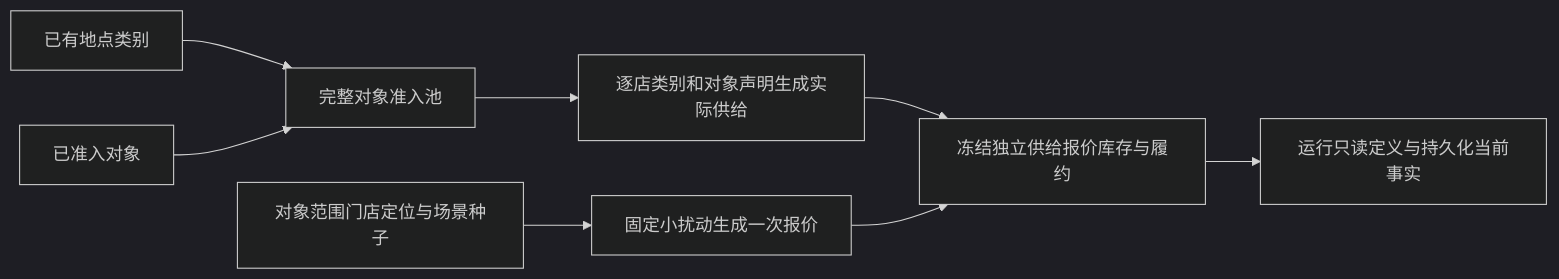
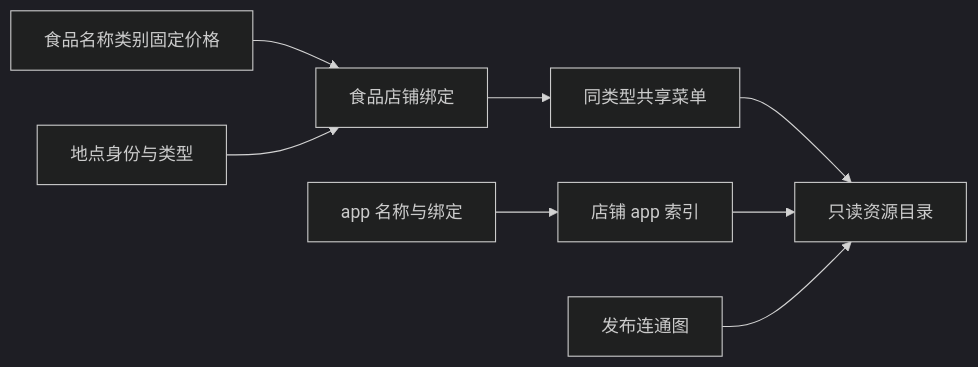
One commit to HoldThatThgt/WorldMock changed the third of 6 diagrams in docs/design/03-resource-engine.md. Above: the diagram before and after it, drawn with Mermaid (dark theme). The commit also changed other lines of this file and 204 other files, not shown here.

````diff
--- a/docs/design/03-resource-engine.md
+++ b/docs/design/03-resource-engine.md
@@ -197,9 +170,9 @@
 ```mermaid
 flowchart LR
-    K[已有地点类别] --> M[完整对象准入池]
-    C[已准入对象] --> M
-    M --> A[逐店类别和对象声明生成实际供给]
-    R[对象范围门店定位与场景种子] --> Q[固定小扰动生成一次报价]
-    A & Q --> S[冻结独立供给报价库存与履约]
-    S --> W[运行只读定义与持久化当前事实]
+    FOODS[食品名称类别固定价格] --> BIND[食品店铺绑定]
+    PLACES[地点身份与类型] --> BIND
+    APPS[app 名称与绑定] --> STORES[店铺 app 索引]
+    BIND --> MENU[同类型共享菜单]
+    MENU & STORES --> CATALOG[只读资源目录]
+    GRAPH[发布连通图] --> CATALOG
 ```
````
